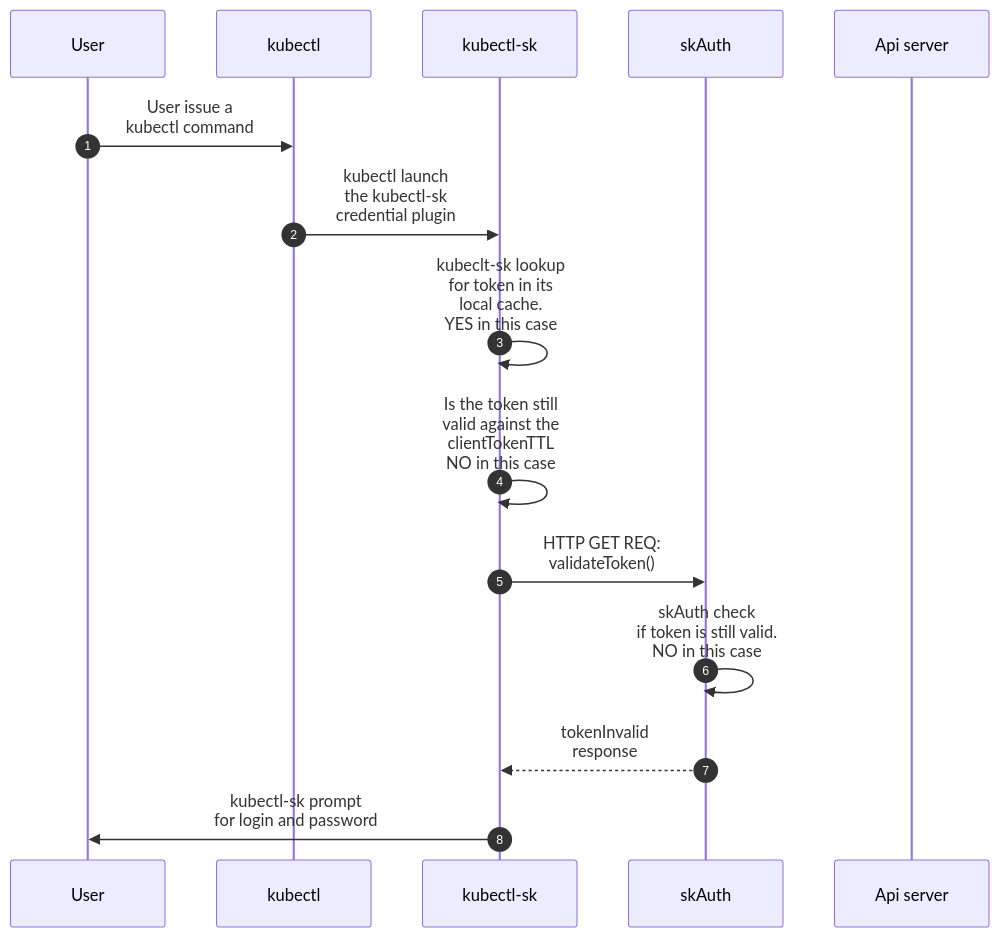
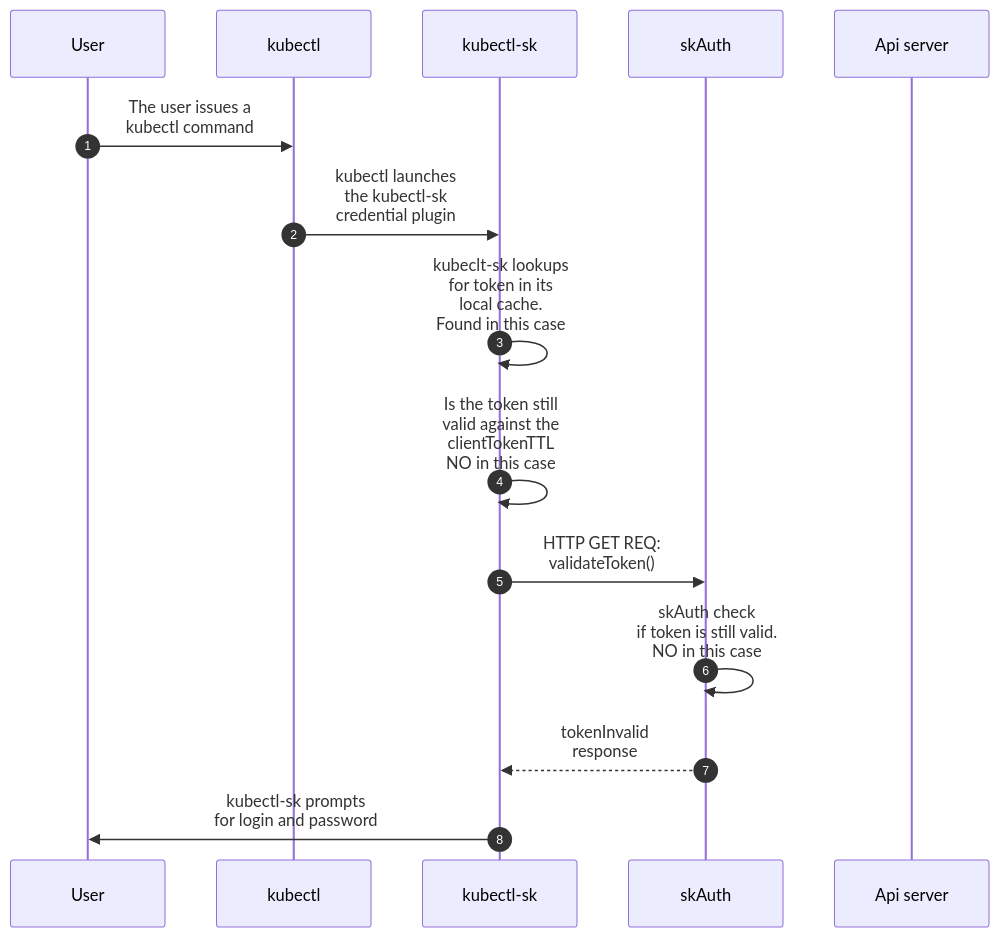
Before and after one commit to skasproject/skas: the fourth of 4 diagrams in docsite/docs/architecture.md, drawn with Mermaid. The commit also changed other lines of this file and 12 other files, not shown here.

````diff
--- a/docsite/docs/architecture.md
+++ b/docsite/docs/architecture.md
@@ -248,17 +253,17 @@
 ``` mermaid
 sequenceDiagram
   participant User
   participant kubectl
   participant kubectl-sk
   participant skAuth
   participant Api server
   autonumber
-  User->>kubectl: User issue a<br>kubectl command
-  kubectl->>kubectl-sk: kubectl launch<br>the kubectl-sk<br>credential plugin
-  kubectl-sk->>kubectl-sk: kubeclt-sk lookup<br>for token in its <br>local cache.<br>YES in this case
+  User->>kubectl: The user issues a<br>kubectl command
+  kubectl->>kubectl-sk: kubectl launches<br>the kubectl-sk<br>credential plugin
+  kubectl-sk->>kubectl-sk: kubeclt-sk lookups<br>for token in its <br>local cache.<br>Found in this case
   kubectl-sk->>kubectl-sk: Is the token still<br>valid against the<br>clientTokenTTL<br>NO in this case
   kubectl-sk->>skAuth: HTTP GET REQ:<br>validateToken()
   skAuth->>skAuth: skAuth check<br>if token is still valid.<br>NO in this case
   skAuth-->>kubectl-sk: tokenInvalid<br>response
-  kubectl-sk->>User: kubectl-sk prompt<br>for login and password
+  kubectl-sk->>User: kubectl-sk prompts<br>for login and password
 ```
````
